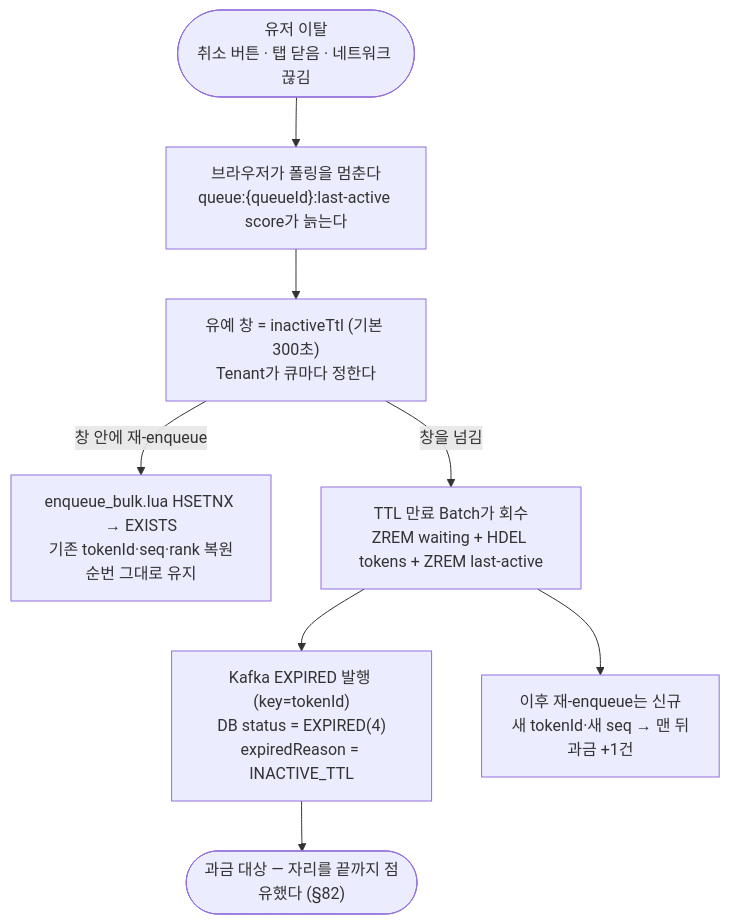
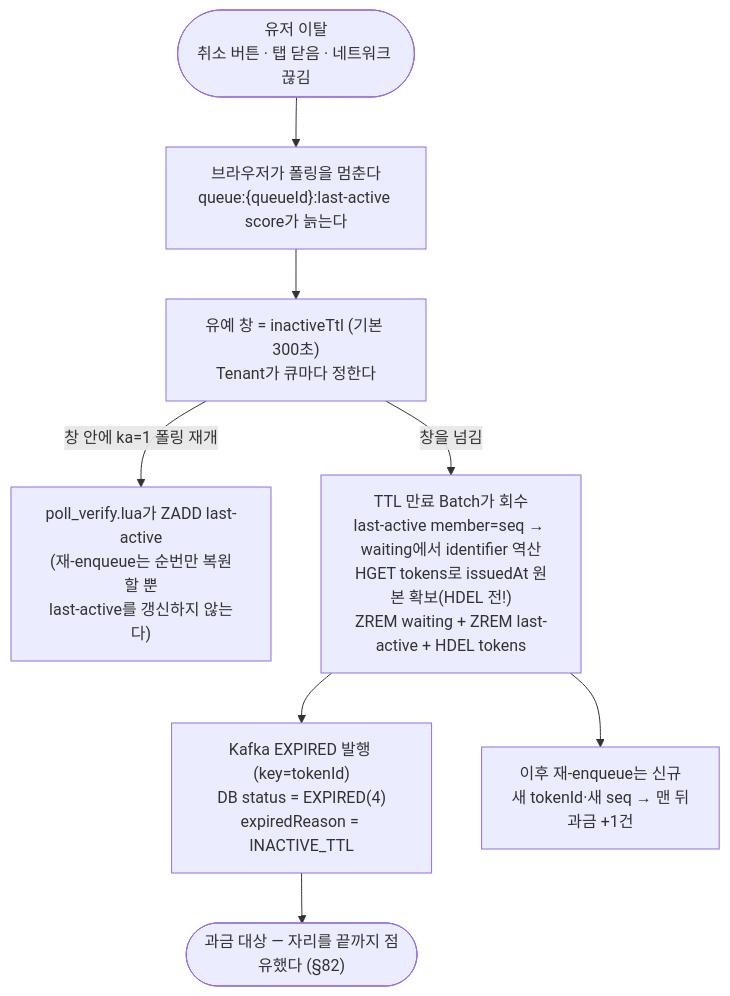
One commit to S-Onix/queue-platform changed the fifth of 11 diagrams in doc/FLOW.md. Above: the diagram before and after it, drawn with Mermaid. The commit also changed other lines of this file and 6 other files, not shown here.

First line of the commit message:
docs(cancel): architect·planner 교차 검토 반영 — 사실 오류 정정 + §82 미해결 3건 기록

````diff
--- a/doc/FLOW.md
+++ b/doc/FLOW.md
@@ -214,13 +214,13 @@
 ```mermaid
 flowchart TD
     U(["유저 이탈\n취소 버튼 · 탭 닫음 · 네트워크 끊김"])
     --> STOP["브라우저가 폴링을 멈춘다\nqueue:{queueId}:last-active score가 늙는다"]
     --> WAIT["유예 창 = inactiveTtl (기본 300초)\nTenant가 큐마다 정한다"]
 
-    WAIT -->|"창 안에 재-enqueue"| BACK["enqueue_bulk.lua HSETNX → EXISTS\n기존 tokenId·seq·rank 복원\n순번 그대로 유지"]
-    WAIT -->|"창을 넘김"| JOB["TTL 만료 Batch가 회수\nZREM waiting + HDEL tokens + ZREM last-active"]
+    WAIT -->|"창 안에 ka=1 폴링 재개"| BACK["poll_verify.lua가 ZADD last-active\n(재-enqueue는 순번만 복원할 뿐\nlast-active를 갱신하지 않는다)"]
+    WAIT -->|"창을 넘김"| JOB["TTL 만료 Batch가 회수\nlast-active member=seq → waiting에서 identifier 역산\nHGET tokens로 issuedAt 원본 확보(HDEL 전!)\nZREM waiting + ZREM last-active + HDEL tokens"]
 
     JOB --> EXP["Kafka EXPIRED 발행 (key=tokenId)\nDB status = EXPIRED(4)\nexpiredReason = INACTIVE_TTL"]
     EXP --> BILL(["과금 대상 — 자리를 끝까지 점유했다 (§82)"])
     JOB --> NEW["이후 재-enqueue는 신규\n새 tokenId·새 seq → 맨 뒤\n과금 +1건"]
 ```
````
